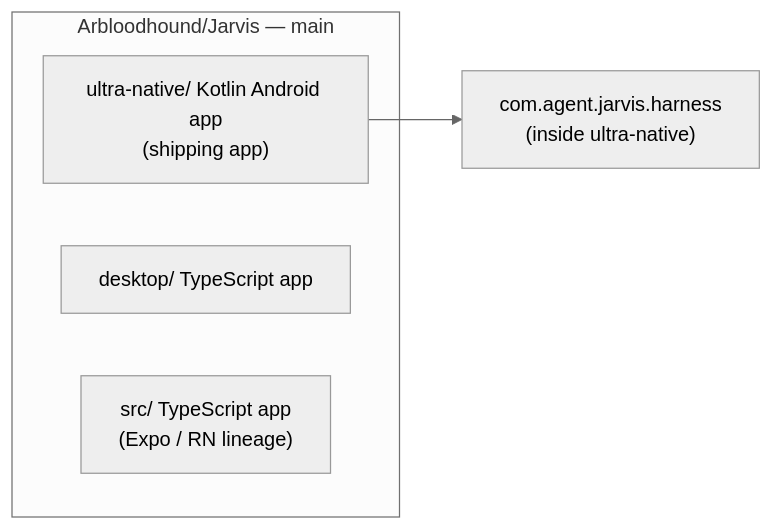
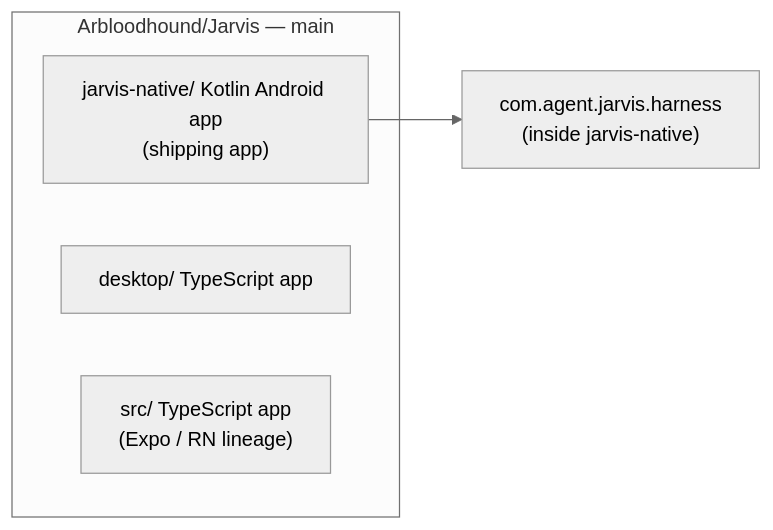
Before and after one commit to Arbloodhound/Jarvis: the first of 3 diagrams in ARCHITECTURE.md, drawn with Mermaid (neutral theme). The commit also changed other lines of this file and 591 other files, not shown here.

First line of the commit message:
Rename stage 6: repo surface sweep + ultra-native/ -> jarvis-native/

````diff
--- a/ARCHITECTURE.md
+++ b/ARCHITECTURE.md
@@ -19,9 +19,9 @@
 ```mermaid
 flowchart LR
   subgraph REPO["Arbloodhound/Jarvis — main"]
-    UN["ultra-native/ Kotlin Android app<br/>(shipping app)"]
+    UN["jarvis-native/ Kotlin Android app<br/>(shipping app)"]
     DT["desktop/ TypeScript app"]
     TS["src/ TypeScript app<br/>(Expo / RN lineage)"]
   end
-  UN --> HARNESS["com.agent.jarvis.harness<br/>(inside ultra-native)"]
+  UN --> HARNESS["com.agent.jarvis.harness<br/>(inside jarvis-native)"]
 ```
````
